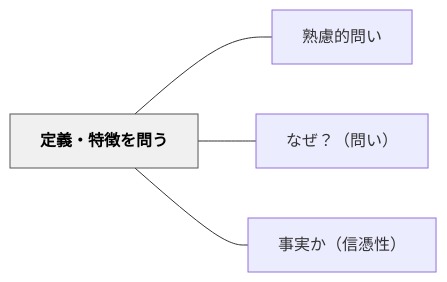
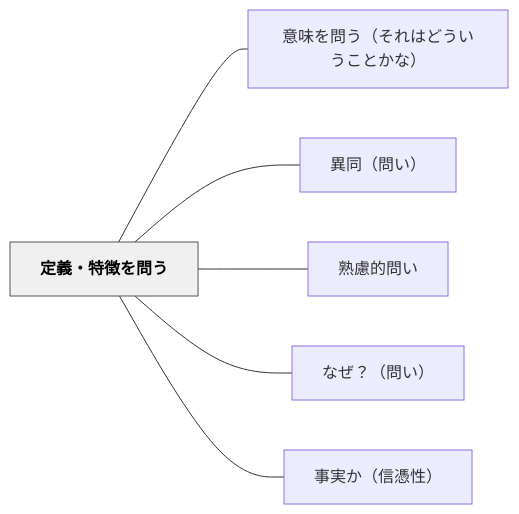
The diagram in content/パタン/定義・特徴を問う.md (unknownthings-ed-patterns/unknownthings-ed-patterns), drawn with Mermaid before and after one commit. The commit also changed other lines of this file and 473 other files, not shown here.

````diff
--- a/content/パタン/定義・特徴を問う.md
+++ b/content/パタン/定義・特徴を問う.md
@@ -40,14 +42,18 @@
 ```mermaid
 flowchart LR
     ne5ae9ae7bea9["定義・特徴を問う"]
+    ne6848fe591b3["意味を問う（それはどういうことかな）"]
+    ne795b0e5908c["異同（問い）"]
     ne7869fe685ae["熟慮的問い"]
     ne381aae3819c["なぜ？（問い）"]
     ne4ba8be5ae9f["事実か（信憑性）"]
 
+    ne5ae9ae7bea9 --- ne6848fe591b3
+    ne5ae9ae7bea9 --- ne795b0e5908c
     ne5ae9ae7bea9 --- ne7869fe685ae
     ne5ae9ae7bea9 --- ne381aae3819c
     ne5ae9ae7bea9 --- ne4ba8be5ae9f
 
     classDef hub fill:#f0f0f0,stroke:#555,color:#000,font-weight:bold
     class ne5ae9ae7bea9 hub
 ```
````
